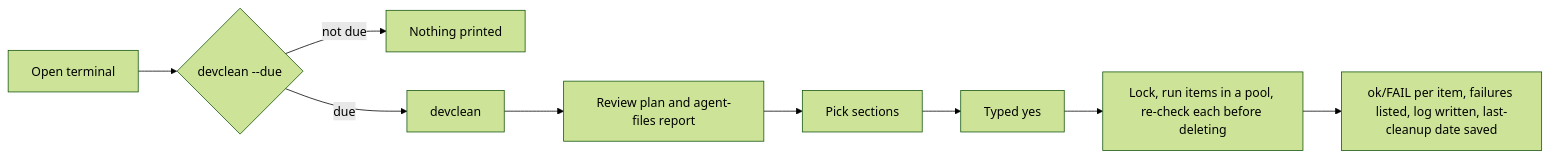
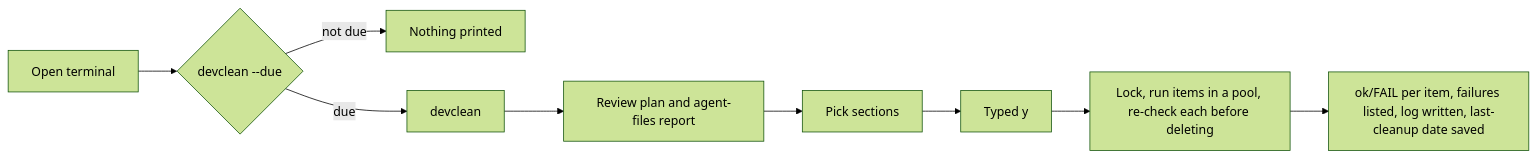
The diagram in README.md (maximsan/common-scripts), drawn with Mermaid (forest theme) before and after one commit. The commit also changed other lines of this file and 8 other files, not shown here.

````diff
--- a/README.md
+++ b/README.md
@@ -97,11 +97,11 @@
 ```mermaid
 flowchart LR
   A[Open terminal] --> B{devclean --due}
   B -- not due --> Z[Nothing printed]
   B -- due --> C[devclean]
   C --> D[Review plan and agent-files report]
   D --> E[Pick sections]
-  E --> F[Typed yes]
+  E --> F[Typed y]
   F --> G[Lock, run items in a pool, re-check each before deleting]
   G --> H[ok/FAIL per item, failures listed, log written, last-cleanup date saved]
 ```
````
